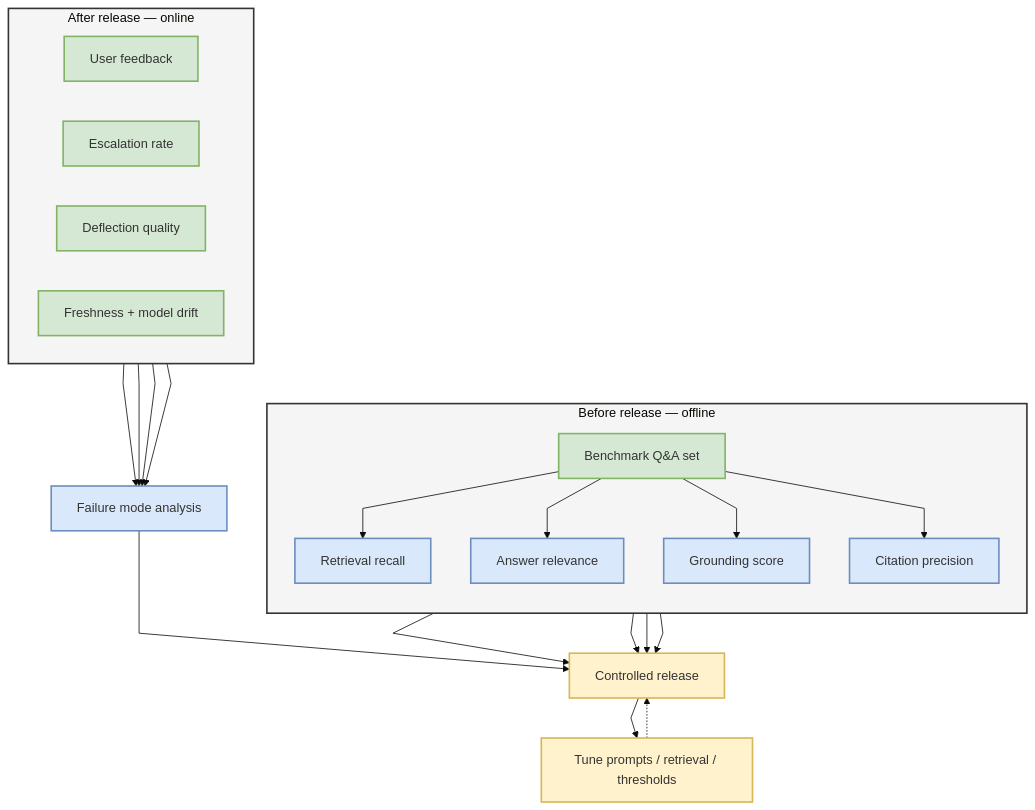
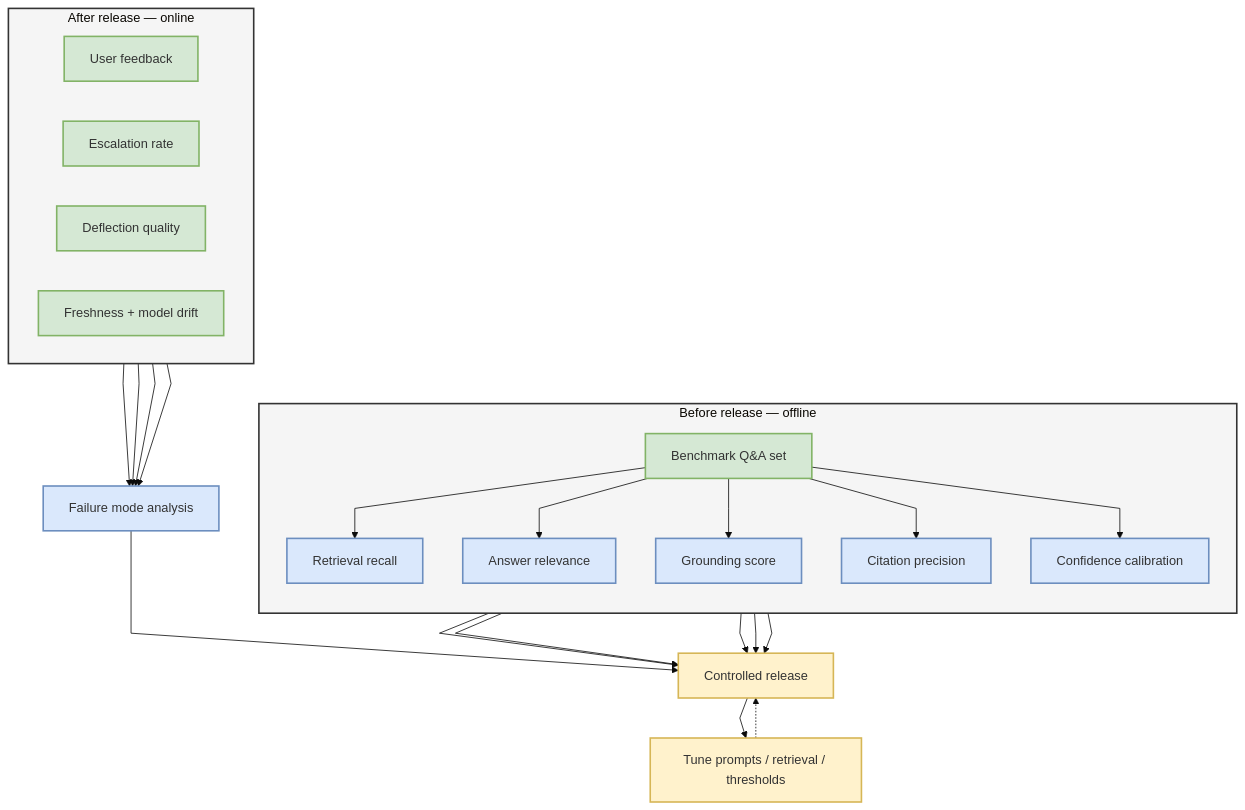
Before and after one commit to DharshanDeez/Knowledge-Support-Copilot: diagram 14 of 15 in system-design.md, drawn with Mermaid. The commit also changed other lines of this file and 5 other files, not shown here.

````diff
--- a/system-design.md
+++ b/system-design.md
@@ -973,50 +980,53 @@
 ```mermaid
 %%{init: {'flowchart': {'curve': 'linear', 'padding': 16}, 'theme': 'base'}}%%
 flowchart TB
   classDef inputBox fill:#d5e8d4,stroke:#82b366,stroke-width:2px,color:#333
   classDef metricBox fill:#dae8fc,stroke:#6c8ebf,stroke-width:2px,color:#333
   classDef actionBox fill:#fff2cc,stroke:#d6b656,stroke-width:2px,color:#333
 
   subgraph offline ["Before release — offline"]
     direction TB
     B["Benchmark Q&A set"]
     R1["Retrieval recall"]
     R2["Answer relevance"]
     R3["Grounding score"]
     R4["Citation precision"]
+    R5["Confidence calibration"]
     B --> R1
     B --> R2
     B --> R3
     B --> R4
+    B --> R5
   end
 
   subgraph online ["After release — online"]
     direction LR
     U["User feedback"]
     E["Escalation rate"]
     D["Deflection quality"]
     F["Freshness + model drift"]
   end
 
   FA["Failure mode analysis"]
   CR["Controlled release"]
   TUNE["Tune prompts / retrieval / thresholds"]
 
   R1 --> CR
   R2 --> CR
   R3 --> CR
   R4 --> CR
+  R5 --> CR
   U --> FA
   E --> FA
   D --> FA
   F --> FA
   FA --> CR
   CR --> TUNE
   TUNE -.-> CR
 
   class B,U,E,D,F inputBox
-  class R1,R2,R3,R4,FA metricBox
+  class R1,R2,R3,R4,R5,FA metricBox
   class CR,TUNE actionBox
   style offline fill:#f5f5f5,stroke:#333,stroke-width:2px
   style online fill:#f5f5f5,stroke:#333,stroke-width:2px
 ```
````
